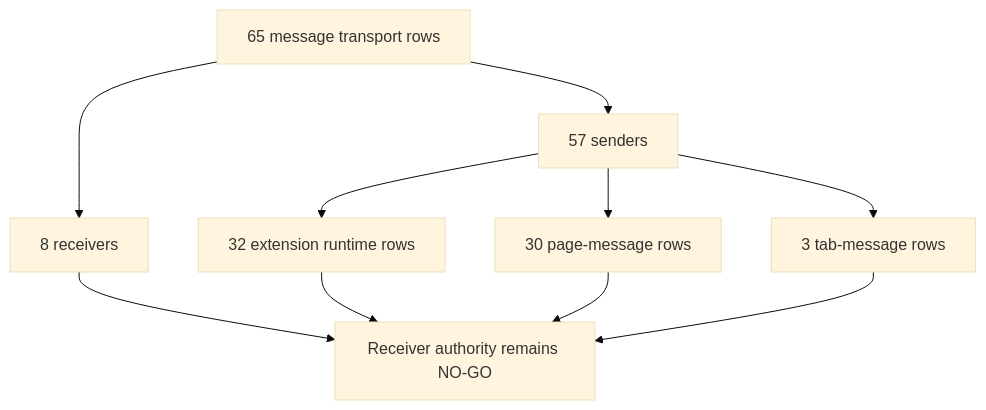
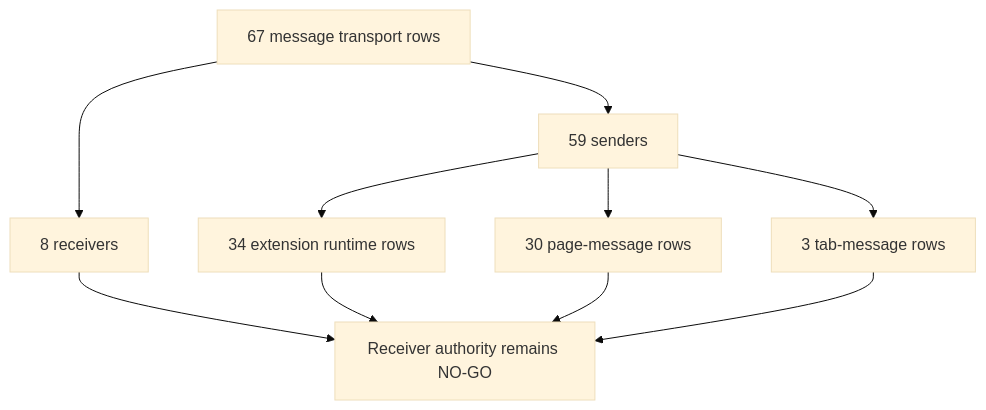
Before and after one commit to varshneydevansh/FilterTube: the diagram in docs/audit/FILTERTUBE_MESSAGE_TRANSPORT_CALLSITE_REGISTER_CURRENT_BEHAVIOR_2026-05-22.md, drawn with Mermaid (base theme). The commit also changed other lines of this file and 3 other files, not shown here.

Commit message:
Refresh message transport audit registers

````diff
--- a/docs/audit/FILTERTUBE_MESSAGE_TRANSPORT_CALLSITE_REGISTER_CURRENT_BEHAVIOR_2026-05-22.md
+++ b/docs/audit/FILTERTUBE_MESSAGE_TRANSPORT_CALLSITE_REGISTER_CURRENT_BEHAVIOR_2026-05-22.md
@@ -225,12 +226,12 @@
 ```mermaid
 flowchart TD
-  A["65 message transport rows"] --> B["57 senders"]
+  A["67 message transport rows"] --> B["59 senders"]
   A --> C["8 receivers"]
-  B --> D["32 extension runtime rows"]
+  B --> D["34 extension runtime rows"]
   B --> E["30 page-message rows"]
   B --> F["3 tab-message rows"]
   C --> G["Receiver authority remains NO-GO"]
   D --> G
   E --> G
   F --> G
 ```
````
